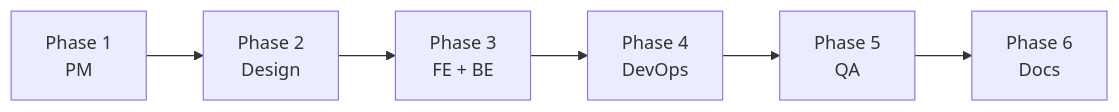
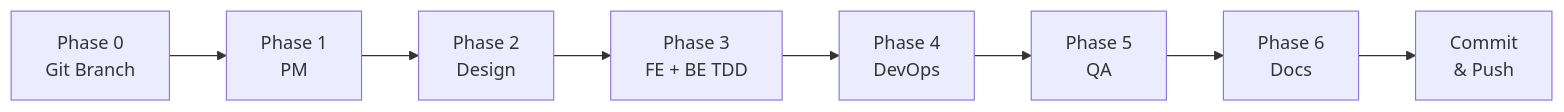
The diagram in .claude/commands/new-feature.md (shaul-it-org/laravel-commu), drawn with Mermaid before and after one commit. The commit also changed other lines of this file and 3 other files, not shown here.

````diff
--- a/.claude/commands/new-feature.md
+++ b/.claude/commands/new-feature.md
@@ -106,8 +144,10 @@
 ```mermaid
 flowchart LR
-    PM[Phase 1\nPM] --> Design[Phase 2\nDesign]
-    Design --> Dev[Phase 3\nFE + BE]
+    Git[Phase 0\nGit Branch] --> PM[Phase 1\nPM]
+    PM --> Design[Phase 2\nDesign]
+    Design --> Dev[Phase 3\nFE + BE TDD]
     Dev --> DevOps[Phase 4\nDevOps]
     DevOps --> QA[Phase 5\nQA]
     QA --> Docs[Phase 6\nDocs]
+    Docs --> Commit[Commit\n& Push]
 ```
````
